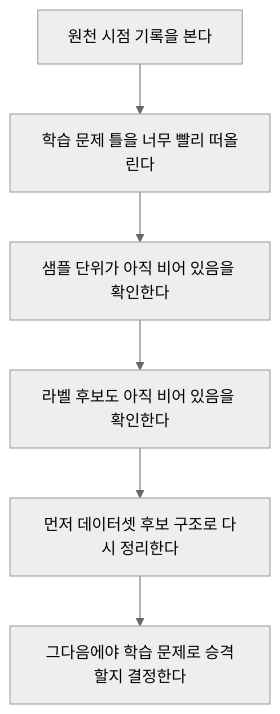
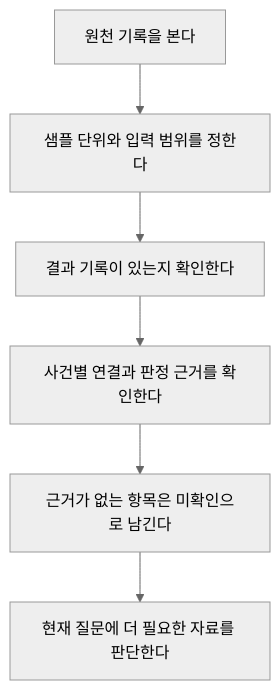
Before and after one commit to devchan64/AiBook: the diagram in docs/assets/part-03/chapter-03/p3-3-1-mermaid-01-ko.mmd, drawn with Mermaid (neutral theme). The commit also changed 22 other files, not shown here.

```diff
--- a/docs/assets/part-03/chapter-03/p3-3-1-mermaid-01-ko.mmd
+++ b/docs/assets/part-03/chapter-03/p3-3-1-mermaid-01-ko.mmd
@@ -1,6 +1,6 @@
 flowchart TD
-    A[원천 시점 기록을 본다] --> B[학습 문제 틀을 너무 빨리 떠올린다]
-    B --> C[샘플 단위가 아직 비어 있음을 확인한다]
-    C --> D[라벨 후보도 아직 비어 있음을 확인한다]
-    D --> E[먼저 데이터셋 후보 구조로 다시 정리한다]
-    E --> F[그다음에야 학습 문제로 승격할지 결정한다]
+    A[원천 기록을 본다] --> B[샘플 단위와 입력 범위를 정한다]
+    B --> C[결과 기록이 있는지 확인한다]
+    C --> D[사건별 연결과 판정 근거를 확인한다]
+    D --> E[근거가 없는 항목은 미확인으로 남긴다]
+    E --> F[현재 질문에 더 필요한 자료를 판단한다]
```
